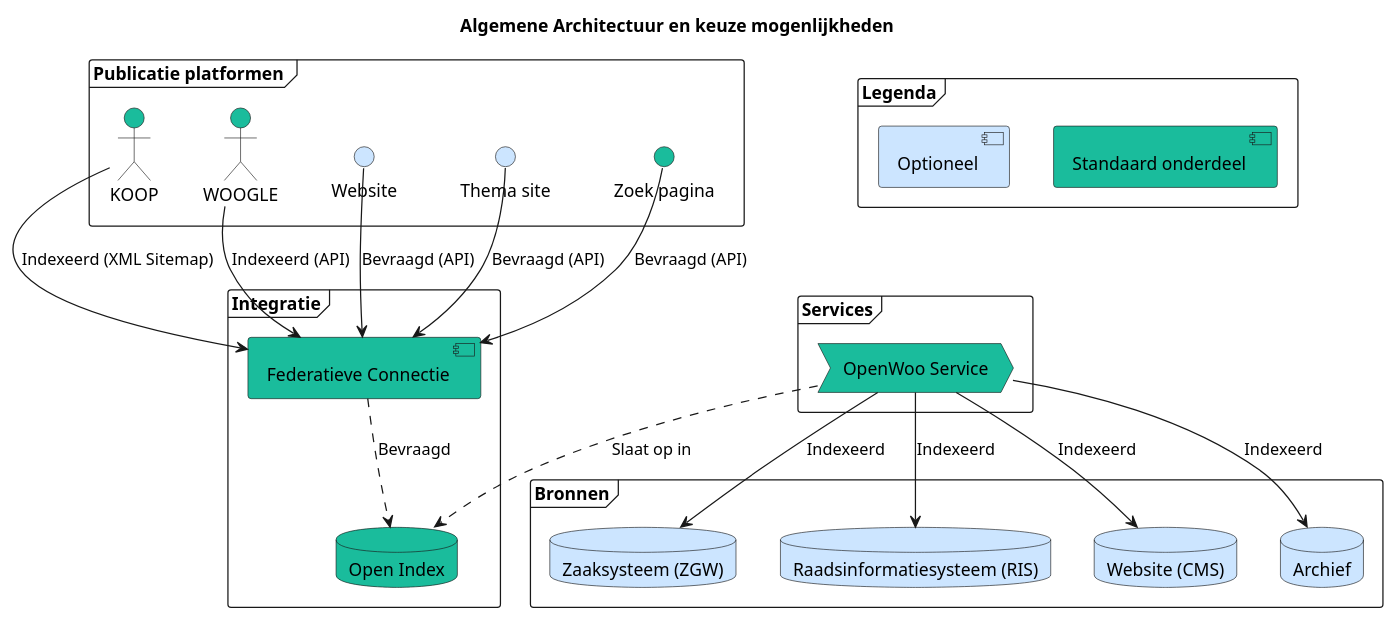
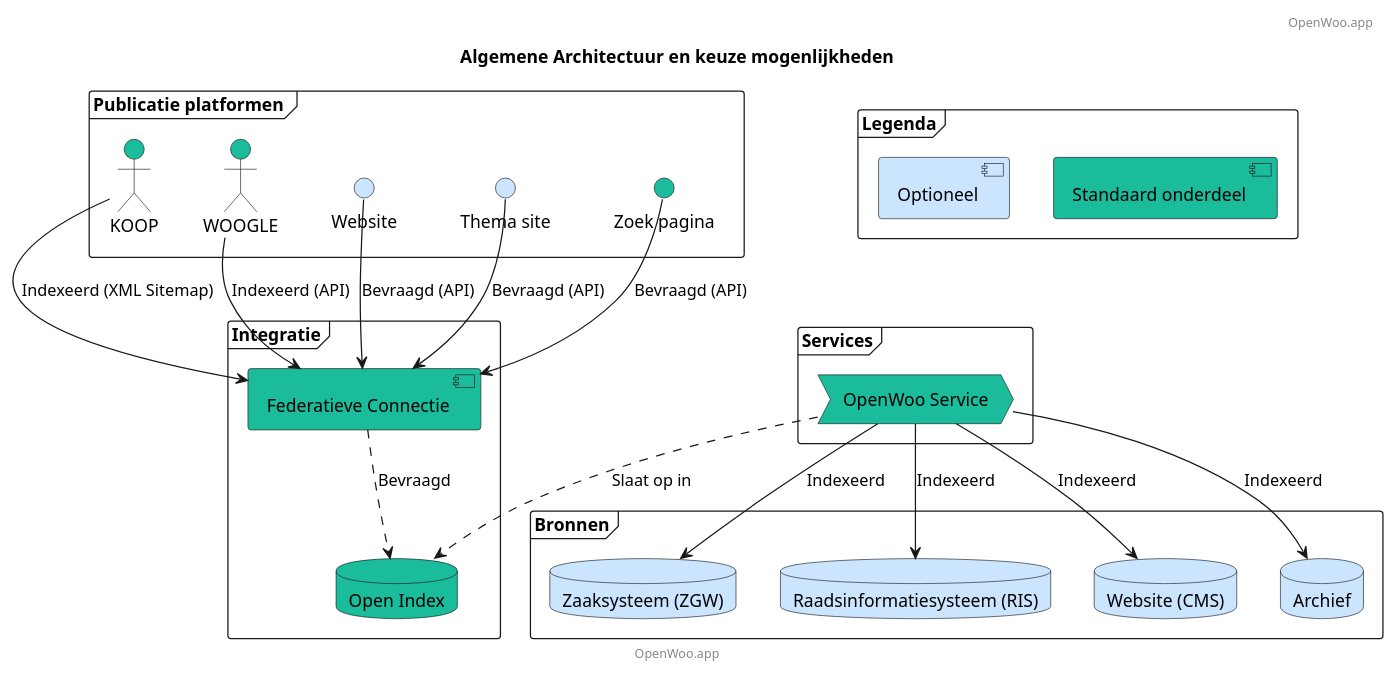
One commit to ConductionNL/woo-website-template changed the diagram in docs/components.puml. Above: the diagram before and after it, drawn with PlantUML. The commit also changed 5 other files, not shown here.

Commit message:
Small graphical updates

```diff
--- a/docs/components.puml
+++ b/docs/components.puml
@@ -1,52 +1,55 @@
 @startuml
 title Algemene Architectuur en keuze mogenlijkheden
+footer: OpenWoo.app
+header: OpenWoo.app
+
 
 ' Publicatie platformen (Laag 5 UI)
 frame "Publicatie platformen " {
     actor "KOOP"  as KOOP #1abc9c
     actor   "WOOGLE" as WOOGLE #1abc9c
     interface "Website" AS Website #cce5ff
     interface "Thema site" as Themasite #cce5ff
     interface "Zoek pagina" as Searchsite #1abc9c
 }
 
 ' Services(Laag 4)
 frame "Services" {
     process "OpenWoo Service"  as OWS #1abc9c
 }
 
 ' Integratie (Laag 3)
 frame "Integratie" {
     database "Open Index"  as OI #1abc9c
     component "Federatieve Connectie"  as FCS #1abc9c
 }
 
 ' Bronnen (Laag 2)
 frame "Bronnen" {
     database "Zaaksysteem (ZGW)" as ZRC #cce5ff
     database "Raadsinformatiesysteem (RIS)" as RIS #cce5ff
     database "Website (CMS)" as CMS #cce5ff
     database "Archief" as DEPOT #cce5ff
 }
 
 frame "Legenda" {
     component "Standaard onderdeel" #1abc9c
     component "Optioneel" #cce5ff
 
 }
 
 OWS -down-> ZRC: Indexeerd
 OWS -down-> RIS: Indexeerd
 OWS -down-> CMS: Indexeerd
 OWS -down-> DEPOT: Indexeerd
 OWS ..> OI: Slaat op in
 
 FCS ..> OI : Bevraagd
 
 KOOP -down-> FCS : Indexeerd (XML Sitemap)
 WOOGLE -down-> FCS : Indexeerd (API)
 Website -down-> FCS : Bevraagd (API)
 Themasite -down-> FCS : Bevraagd (API)
 Searchsite -down-> FCS : Bevraagd (API)
 
 @enduml
```
